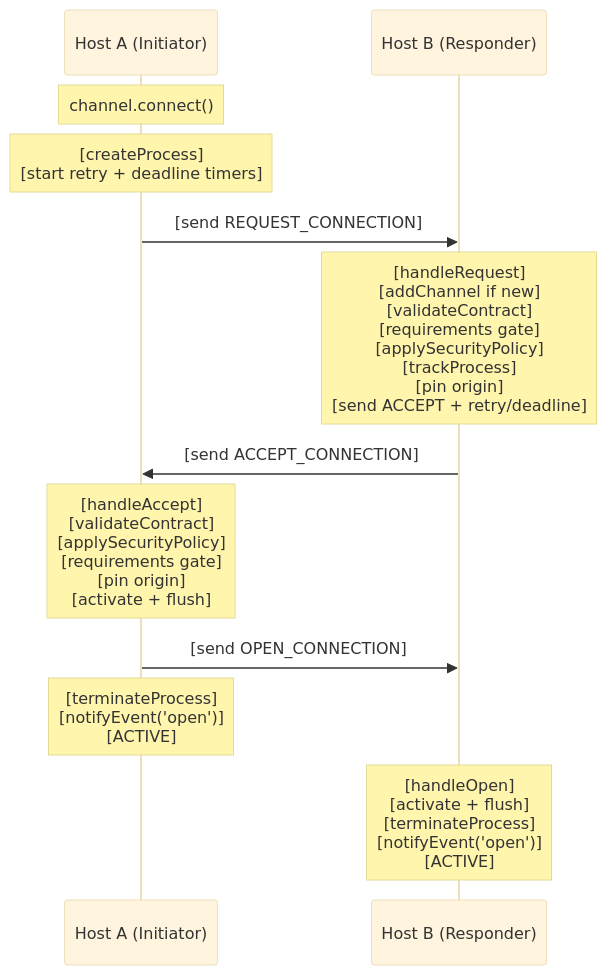
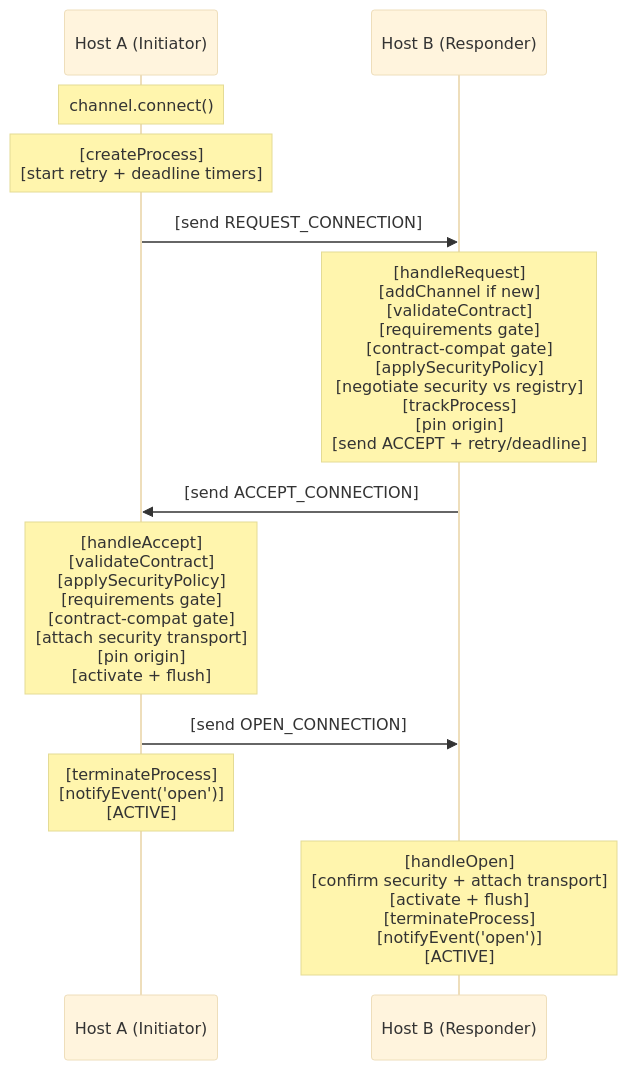
Before and after one commit to AndrewRedican/hyperfrontend: the third of 8 diagrams in libs/nexus/ARCHITECTURE.md, drawn with Mermaid. The commit also changed other lines of this file and 1 other file, not shown here.

Commit message:
docs(lib-nexus): move protocol depth into the architecture guide

````diff
--- a/libs/nexus/ARCHITECTURE.md
+++ b/libs/nexus/ARCHITECTURE.md
@@ -243,21 +249,21 @@
 ```mermaid
 ---
 config:
   theme: base
   themeVariables:
     fontSize: 12px
 ---
 sequenceDiagram
     participant HostA as Host A (Initiator)
     participant HostB as Host B (Responder)
 
     Note over HostA: channel.connect()
     Note over HostA: [createProcess]<br/>[start retry + deadline timers]
     HostA->>HostB: [send REQUEST_CONNECTION]
-    Note over HostB: [handleRequest]<br/>[addChannel if new]<br/>[validateContract]<br/>[requirements gate]<br/>[applySecurityPolicy]<br/>[trackProcess]<br/>[pin origin]<br/>[send ACCEPT + retry/deadline]
+    Note over HostB: [handleRequest]<br/>[addChannel if new]<br/>[validateContract]<br/>[requirements gate]<br/>[contract-compat gate]<br/>[applySecurityPolicy]<br/>[negotiate security vs registry]<br/>[trackProcess]<br/>[pin origin]<br/>[send ACCEPT + retry/deadline]
     HostB->>HostA: [send ACCEPT_CONNECTION]
-    Note over HostA: [handleAccept]<br/>[validateContract]<br/>[applySecurityPolicy]<br/>[requirements gate]<br/>[pin origin]<br/>[activate + flush]
+    Note over HostA: [handleAccept]<br/>[validateContract]<br/>[applySecurityPolicy]<br/>[requirements gate]<br/>[contract-compat gate]<br/>[attach security transport]<br/>[pin origin]<br/>[activate + flush]
     HostA->>HostB: [send OPEN_CONNECTION]
     Note over HostA: [terminateProcess]<br/>[notifyEvent('open')]<br/>[ACTIVE]
-    Note over HostB: [handleOpen]<br/>[activate + flush]<br/>[terminateProcess]<br/>[notifyEvent('open')]<br/>[ACTIVE]
+    Note over HostB: [handleOpen]<br/>[confirm security + attach transport]<br/>[activate + flush]<br/>[terminateProcess]<br/>[notifyEvent('open')]<br/>[ACTIVE]
 ```
````
